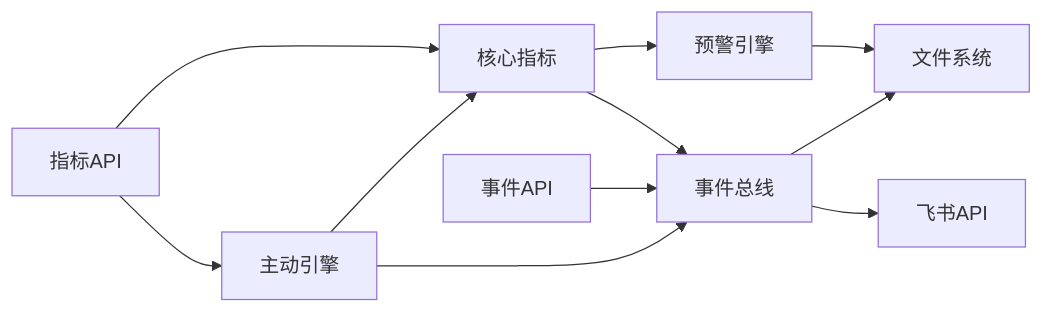
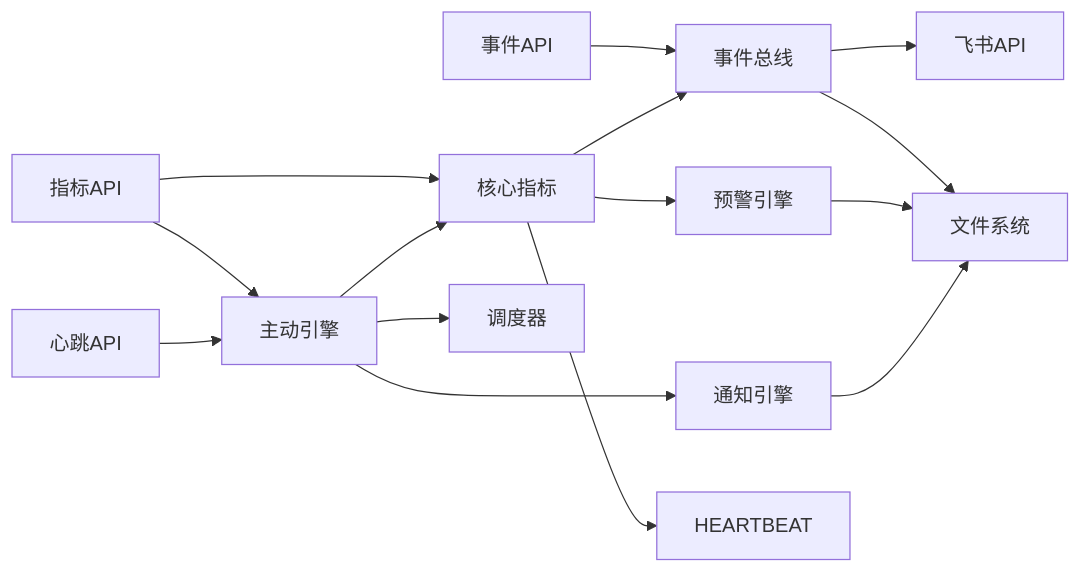
The tenth of 10 diagrams in .qoder/repowiki/zh/content/监控与运维/系统健康监控.md (angledick/-), drawn with Mermaid before and after one commit. The commit also changed other lines of this file and 313 other files, not shown here.

````diff
--- a/.qoder/repowiki/zh/content/监控与运维/系统健康监控.md
+++ b/.qoder/repowiki/zh/content/监控与运维/系统健康监控.md
@@ -452,13 +589,17 @@
 ```mermaid
 graph LR
 API["指标API"] --> CORE["核心指标"]
 API --> PRO["主动引擎"]
 EVENT_API["事件API"] --> EVENT_BUS["事件总线"]
+HEARTBEAT_API["心跳API"] --> PRO
+PRO --> CORE
+PRO --> SCHEDULER["调度器"]
+PRO --> NOTIFICATION["通知引擎"]
 CORE --> ALERT["预警引擎"]
 CORE --> EVENT_BUS
-PRO --> CORE
-PRO --> EVENT_BUS
+CORE --> HEARTBEAT
 EVENT_BUS --> FS["文件系统"]
 EVENT_BUS --> FEISHU["飞书API"]
 ALERT --> FS
+NOTIFICATION --> FS
 ```
````
